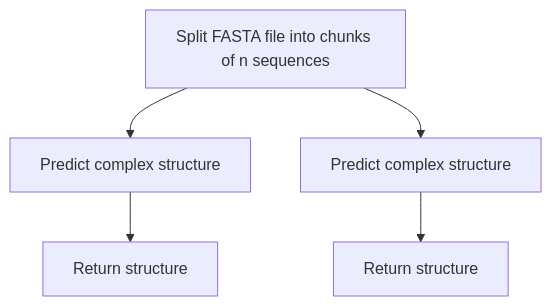
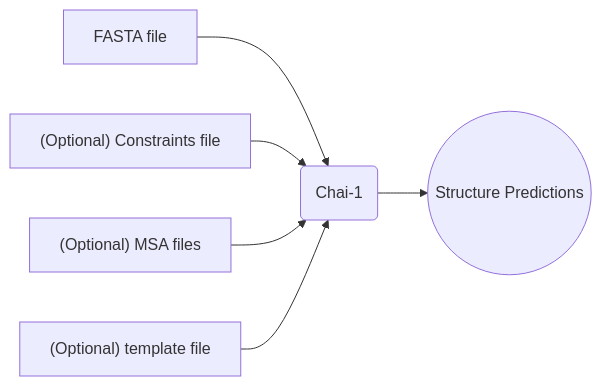
Before and after one commit to aws-samples/drug-discovery-workflows: the diagram in assets/workflows/chai-1/README.md, drawn with Mermaid. The commit also changed 4 other files, not shown here.

````diff
--- a/assets/workflows/chai-1/README.md
+++ b/assets/workflows/chai-1/README.md
@@ -9,7 +9,11 @@
 ```mermaid
 
-flowchart TD
-  A[Split FASTA file into chunks of n sequences] --> B[Predict complex structure] --> C[Return structure]
-  A --> D[Predict complex structure] --> E[Return structure]
+flowchart LR
+    A[FASTA file] --> E(Chai-1)
+    B["(Optional) Constraints file"] --> E
+    C["(Optional) MSA files"] --> E
+    D["(Optional) template file"] --> E
+    E --> E1((Structure Predictions))
+
 
 ```
````
